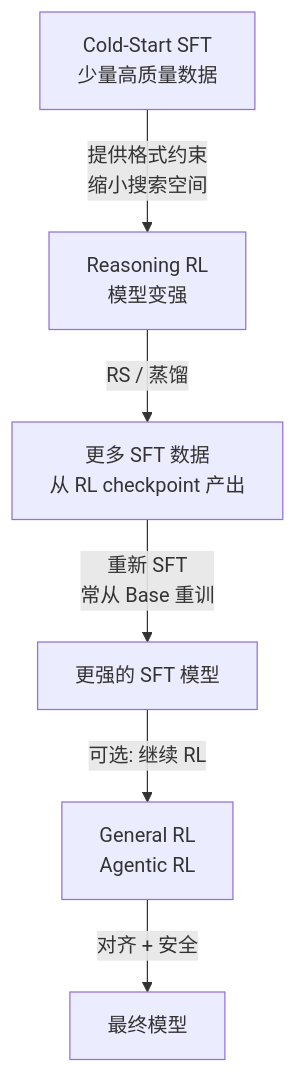
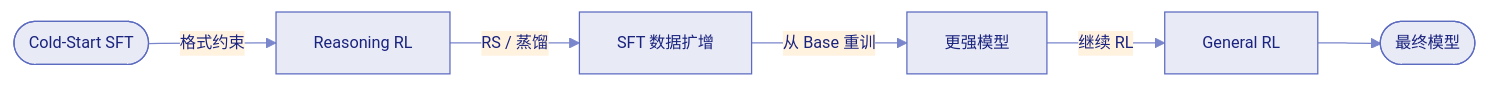
The eighth of 8 diagrams in docs/post-training/ch2/2.9-data-engineering.md (XavierZhang2002/agentic-rl-analysis), drawn with Mermaid before and after one commit. The commit also changed other lines of this file and 1 other file, not shown here.

First line of the commit message:
style: 优化 Mermaid 图表视觉效果

````diff
--- a/docs/post-training/ch2/2.9-data-engineering.md
+++ b/docs/post-training/ch2/2.9-data-engineering.md
@@ -333,8 +331,9 @@
 ```mermaid
-flowchart TD
-    CS["Cold-Start SFT\n少量高质量数据"] -->|"提供格式约束\n缩小搜索空间"| RL1["Reasoning RL\n模型变强"]
-    RL1 -->|"RS / 蒸馏"| SFT2["更多 SFT 数据\n从 RL checkpoint 产出"]
-    SFT2 -->|"重新 SFT\n常从 Base 重训"| Model2["更强的 SFT 模型"]
-    Model2 -->|"可选: 继续 RL"| RL2["General RL\nAgentic RL"]
-    RL2 -->|"对齐 + 安全"| Final["最终模型"]
+%%{init: {'theme': 'base', 'themeVariables': {'primaryColor': '#e8eaf6', 'primaryTextColor': '#1a237e', 'primaryBorderColor': '#5c6bc0', 'lineColor': '#7986cb', 'secondaryColor': '#fff3e0', 'tertiaryColor': '#e0f2f1', 'fontFamily': 'Noto Sans SC, sans-serif', 'fontSize': '13px'}}}%%
+flowchart LR
+    CS(["Cold-Start SFT"]) -->|"格式约束"| RL1["Reasoning RL"]
+    RL1 -->|"RS / 蒸馏"| SFT2["SFT 数据扩增"]
+    SFT2 -->|"从 Base 重训"| Model2["更强模型"]
+    Model2 -->|"继续 RL"| RL2["General RL"]
+    RL2 --> Final([最终模型])
 ```
````
